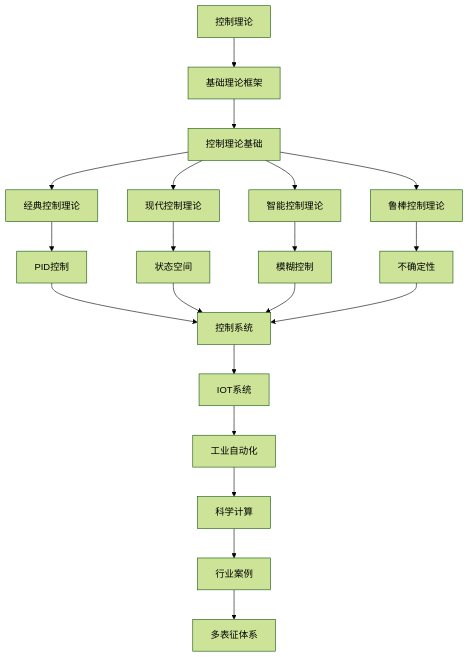
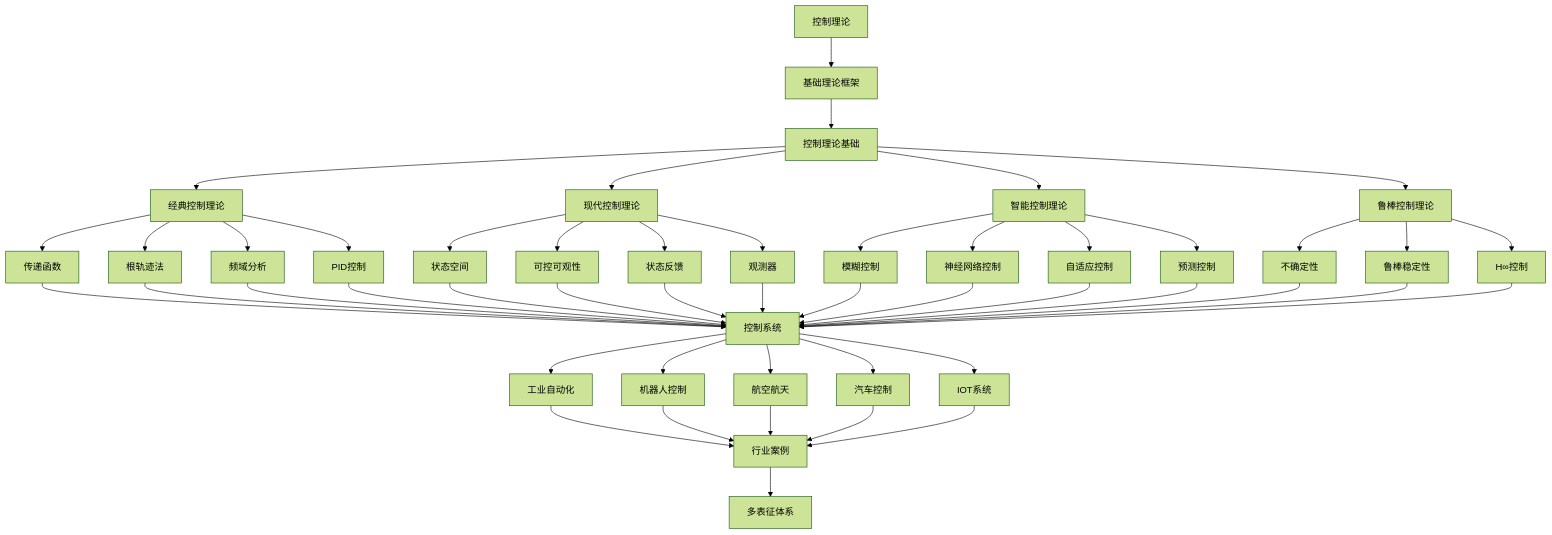
The diagram in Analysis/2-形式科学理论/2.6-控制理论/README.md (AdaMartin18010/Data-Science), drawn with Mermaid (forest theme) before and after one commit. The commit also changed other lines of this file and 40 other files, not shown here.

````diff
--- a/Analysis/2-形式科学理论/2.6-控制理论/README.md
+++ b/Analysis/2-形式科学理论/2.6-控制理论/README.md
@@ -21,19 +332,38 @@
 ```mermaid
 flowchart TD
   A[控制理论] --> B[基础理论框架]
   B --> C[控制理论基础]
   C --> D[经典控制理论]
   C --> E[现代控制理论]
   C --> F[智能控制理论]
   C --> G[鲁棒控制理论]
-  D --> H[PID控制]
-  E --> I[状态空间]
-  F --> J[模糊控制]
-  G --> K[不确定性]
-  H & I & J & K --> L[控制系统]
-  L --> M[IOT系统]
-  M --> N[工业自动化]
-  N --> O[科学计算]
-  O --> P[行业案例]
-  P --> Q[多表征体系]
+
+  D --> H[传递函数]
+  D --> I[根轨迹法]
+  D --> J[频域分析]
+  D --> K[PID控制]
+
+  E --> L[状态空间]
+  E --> M[可控可观性]
+  E --> N[状态反馈]
+  E --> O[观测器]
+
+  F --> P[模糊控制]
+  F --> Q[神经网络控制]
+  F --> R[自适应控制]
+  F --> S[预测控制]
+
+  G --> T[不确定性]
+  G --> U[鲁棒稳定性]
+  G --> V[H∞控制]
+
+  H & I & J & K & L & M & N & O & P & Q & R & S & T & U & V --> W[控制系统]
+  W --> X[工业自动化]
+  W --> Y[机器人控制]
+  W --> Z[航空航天]
+  W --> AA[汽车控制]
+  W --> AB[IOT系统]
+
+  X & Y & Z & AA & AB --> AC[行业案例]
+  AC --> AD[多表征体系]
 ```
````
